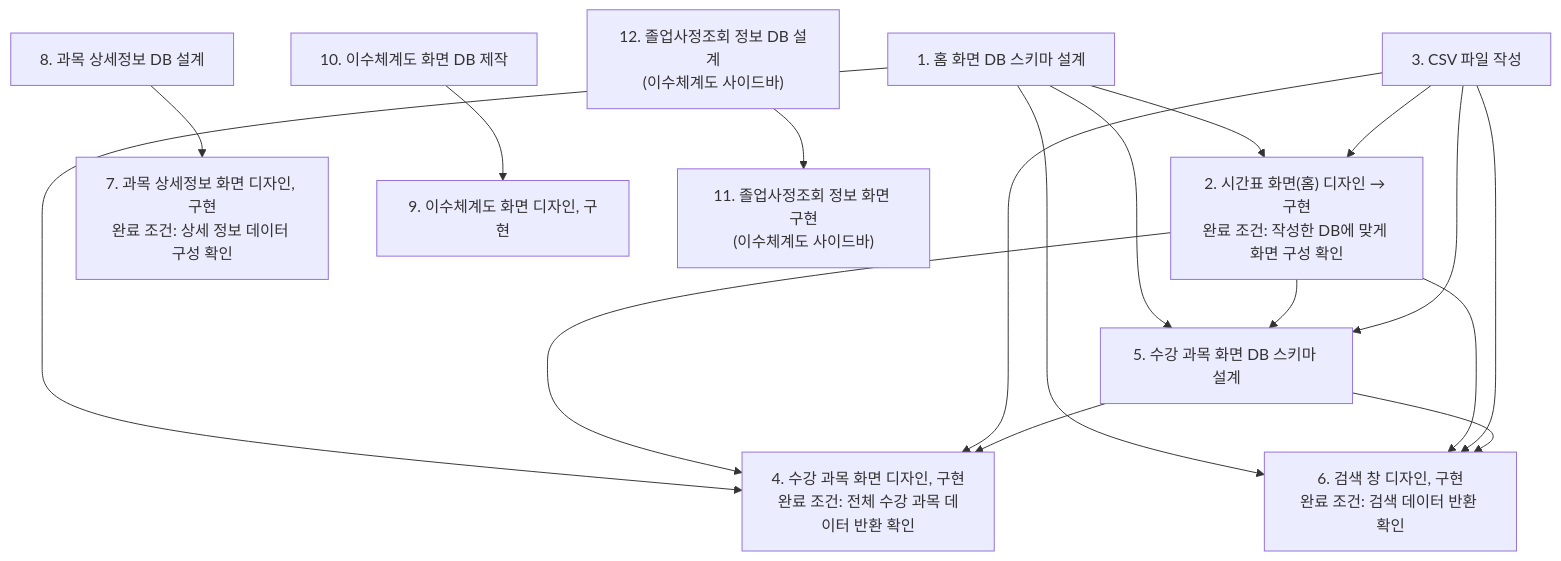
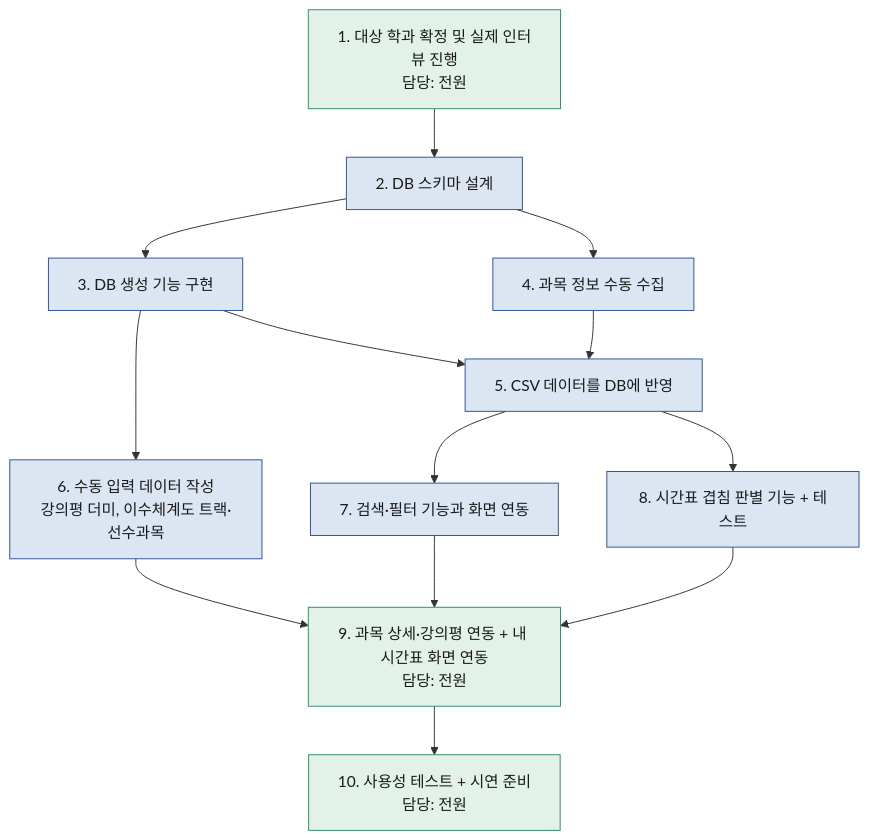
Before and after one commit to Junseok626/aix-2026f-team12: the diagram in docs/week-05.md, drawn with Mermaid. The commit also changed other lines of this file, not shown here.

Commit message:
5주차 태스크 수정

````diff
--- a/docs/week-05.md
+++ b/docs/week-05.md
@@ -58,36 +56,32 @@
 ```mermaid
 flowchart TD
-    T1["1. 홈 화면 DB 스키마 설계"]
-    T2["2. 시간표 화면(홈) 디자인 → 구현<br/>완료 조건: 작성한 DB에 맞게 화면 구성 확인"]
-    T3["3. CSV 파일 작성"]
-    T4["4. 수강 과목 화면 디자인, 구현<br/>완료 조건: 전체 수강 과목 데이터 반환 확인"]
-    T5["5. 수강 과목 화면 DB 스키마 설계"]
-    T6["6. 검색 창 디자인, 구현<br/>완료 조건: 검색 데이터 반환 확인"]
-    T7["7. 과목 상세정보 화면 디자인, 구현<br/>완료 조건: 상세 정보 데이터 구성 확인"]
-    T8["8. 과목 상세정보 DB 설계"]
-    T9["9. 이수체계도 화면 디자인, 구현"]
-    T10["10. 이수체계도 화면 DB 제작"]
-    T11["11. 졸업사정조회 정보 화면 구현<br/>(이수체계도 사이드바)"]
-    T12["12. 졸업사정조회 정보 DB 설계<br/>(이수체계도 사이드바)"]
+    T1["1. 대상 학과 확정 및 실제 인터뷰 진행<br/>담당: 전원"]
+    T2["2. DB 스키마 설계"]
+    T3["3. DB 생성 기능 구현"]
+    T4["4. 과목 정보 수동 수집"]
+    T5["5. CSV 데이터를 DB에 반영"]
+    T6["6. 수동 입력 데이터 작성<br/>강의평 더미, 이수체계도 트랙·선수과목"]
+    T7["7. 검색·필터 기능과 화면 연동"]
+    T8["8. 시간표 겹침 판별 기능 + 테스트"]
+    T9["9. 과목 상세·강의평 연동 + 내 시간표 화면 연동<br/>담당: 전원"]
+    T10["10. 사용성 테스트 + 시연 준비<br/>담당: 전원"]
 
     T1 --> T2
-    T3 --> T2
+    T2 --> T3
+    T2 --> T4
+    T3 --> T5
+    T4 --> T5
+    T3 --> T6
+    T5 --> T7
+    T5 --> T8
+    T6 --> T9
+    T7 --> T9
+    T8 --> T9
+    T9 --> T10
 
-    T1 --> T5
-    T2 --> T5
-    T3 --> T5
+    classDef team fill:#e3f2e8,stroke:#2f8f6b,color:#1a1a1a
+    classDef task fill:#dbe6f2,stroke:#2f5496,color:#1a1a1a
 
-    T1 --> T4
-    T2 --> T4
-    T3 --> T4
-    T5 --> T4
-
-    T1 --> T6
-    T2 --> T6
-    T3 --> T6
-    T5 --> T6
-
-    T8 --> T7
-    T10 --> T9
-    T12 --> T11
+    class T1,T9,T10 team
+    class T2,T3,T4,T5,T6,T7,T8 task
 ```
````
